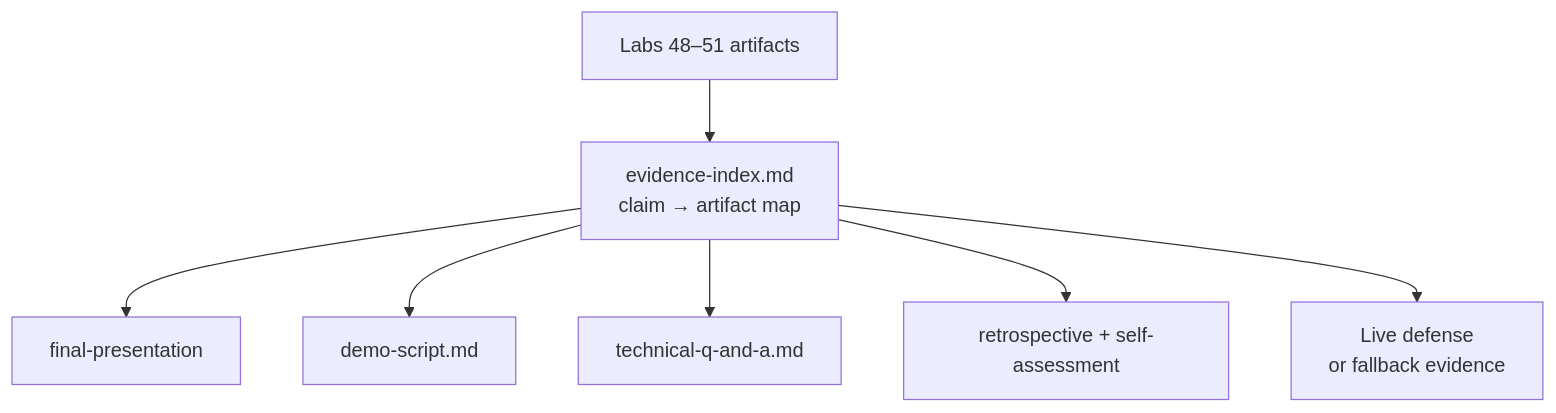
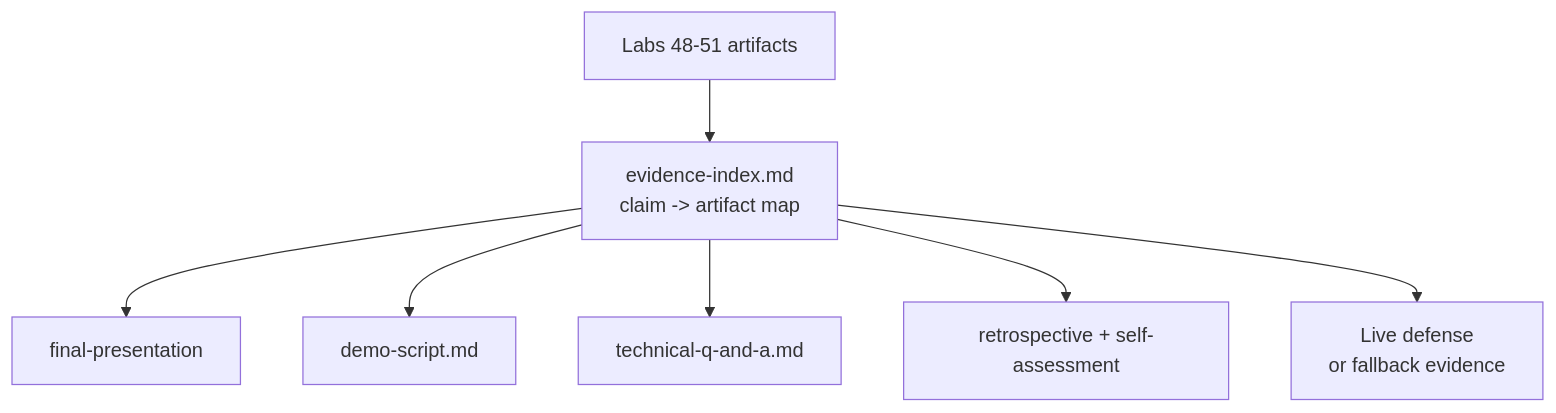
Before and after one commit to pupilliluke/bc-sw-engineer-java-participant: the first of 2 diagrams in labs/Week 6 - Capstone Project/module-52/lab52/LAB-52-GUIDE.md, drawn with Mermaid. The commit also changed other lines of this file and 55 other files, not shown here.

Commit message:
Stop publishing local screenshots; harden Mermaid for GitHub; sync only tracked lab files.

````diff
--- a/labs/Week 6 - Capstone Project/module-52/lab52/LAB-52-GUIDE.md
+++ b/labs/Week 6 - Capstone Project/module-52/lab52/LAB-52-GUIDE.md
@@ -86,9 +86,9 @@
 ```mermaid
 flowchart TB
-  Art["Labs 48–51 artifacts"] --> Idx["evidence-index.md<br/>claim → artifact map"]
+  Art["Labs 48-51 artifacts"] --> Idx["evidence-index.md<br/>claim -> artifact map"]
   Idx --> Pres["final-presentation"]
   Idx --> Demo["demo-script.md"]
   Idx --> QA["technical-q-and-a.md"]
   Idx --> Retro["retrospective + self-assessment"]
   Idx --> Live["Live defense<br/>or fallback evidence"]
 ```
````
